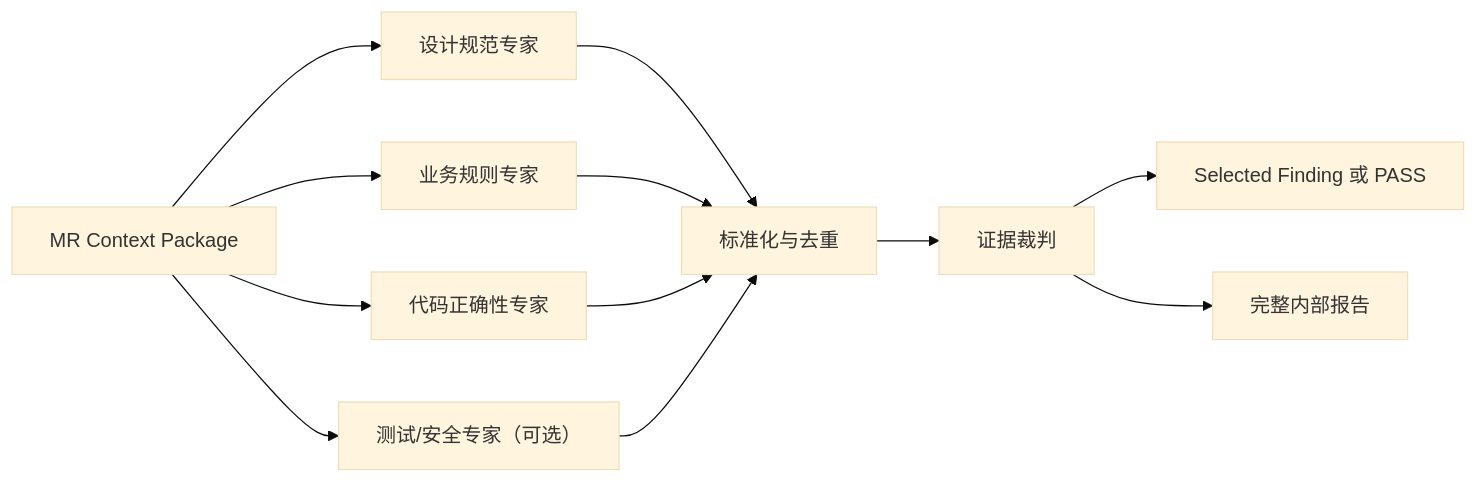
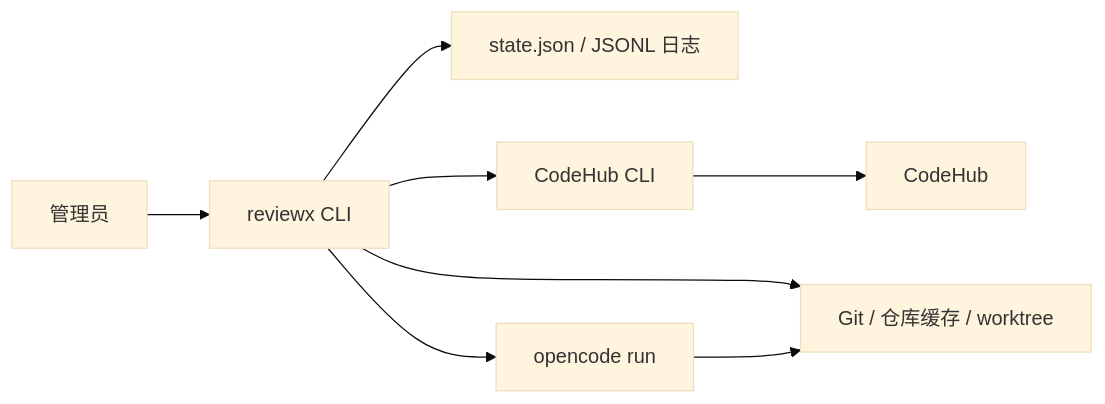
Before and after one commit to BlackLotusAL/ReviewX: the diagram in docs/technical-architecture.md, drawn with Mermaid (base theme). The commit also changed other lines of this file and 1 other file, not shown here.

Commit message:
docs: refine ReviewX requirements and architecture

````diff
--- a/docs/technical-architecture.md
+++ b/docs/technical-architecture.md
@@ -318,14 +26,10 @@
 ```mermaid
 flowchart LR
-    A["MR Context Package"] --> B["设计规范专家"]
-    A --> C["业务规则专家"]
-    A --> D["代码正确性专家"]
-    A --> E["测试/安全专家（可选）"]
-    B --> F["标准化与去重"]
-    C --> F
-    D --> F
-    E --> F
-    F --> G["证据裁判"]
-    G --> H["Selected Finding 或 PASS"]
-    G --> I["完整内部报告"]
+    A["管理员"] --> B["reviewx CLI"]
+    B --> C["state.json / JSONL 日志"]
+    B --> D["CodeHub CLI"]
+    D --> E["CodeHub"]
+    B --> F["Git / 仓库缓存 / worktree"]
+    B --> G["opencode run"]
+    G --> F
 ```
````
